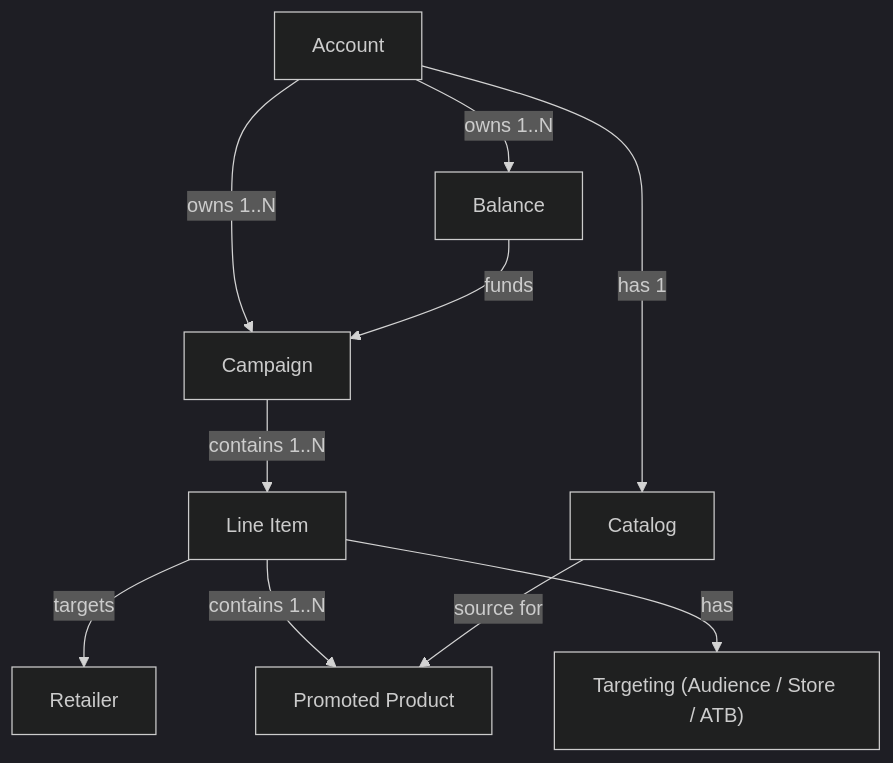
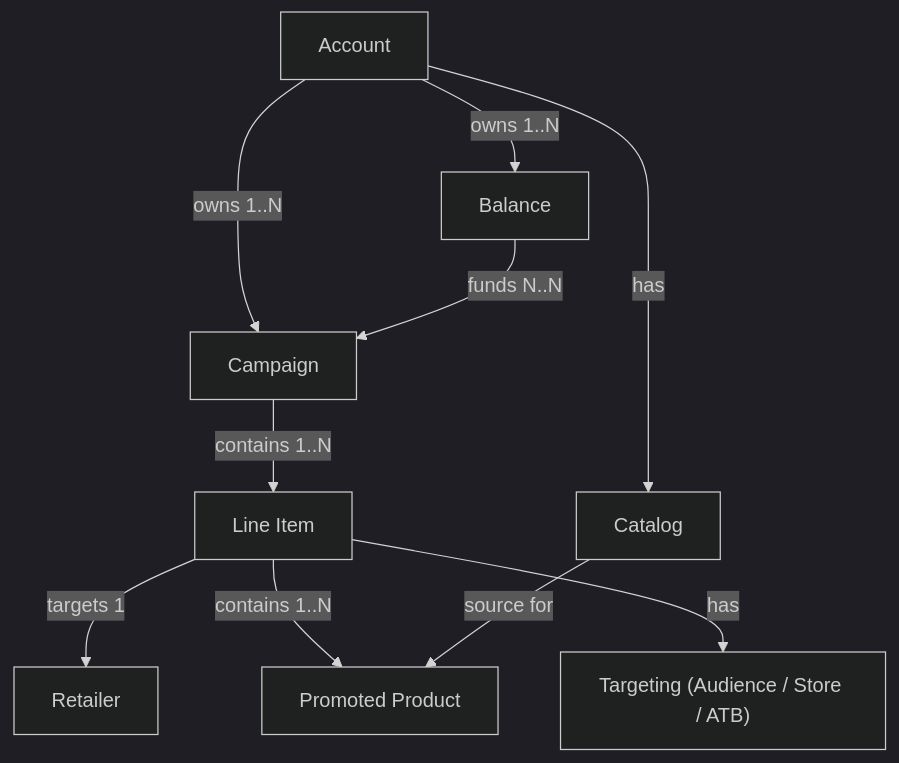
Before and after one commit to criteo/public-api-doc: the diagram in retail-media/docs/conceptual-map.mdx, drawn with Mermaid (dark theme). The commit also changed other lines of this file, not shown here.

Commit message:
Complete Conceptual Map with OAS-verified relationships
- Catalog cardinality: dropped 1:1, account has multiple catalog types
- Balance-Campaign: corrected to N:N (drawableBalanceIds is plural)
- Targeting note: requires initialization before use

````diff
--- a/retail-media/docs/conceptual-map.mdx
+++ b/retail-media/docs/conceptual-map.mdx
@@ -6,12 +6,12 @@
 ```mermaid
 graph TD
     Account -->|"owns 1..N"| Campaign
     Account -->|"owns 1..N"| Balance
-    Account -->|"has 1"| Catalog
-    Balance -->|"funds"| Campaign
+    Account -->|"has"| Catalog
+    Balance -->|"funds N..N"| Campaign
     Campaign -->|"contains 1..N"| LineItem["Line Item"]
-    LineItem -->|"targets"| Retailer
+    LineItem -->|"targets 1"| Retailer
     LineItem -->|"contains 1..N"| PromotedProduct["Promoted Product"]
     LineItem -->|"has"| Targeting["Targeting (Audience / Store / ATB)"]
     Catalog -->|"source for"| PromotedProduct
 ```
````
